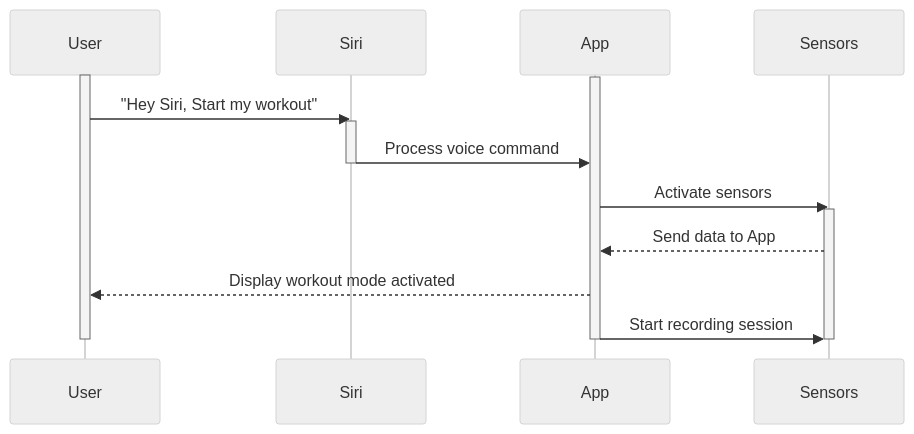
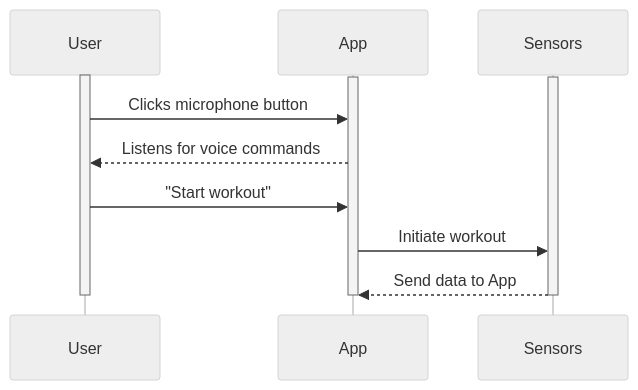
The sixth of 12 diagrams in documentation/docs/system-architecture/sequence-diagrams.md (Capstone-Projects-2024-Spring/project-smartweights), drawn with Mermaid (neutral theme) before and after one commit. The commit also changed other lines of this file, not shown here.

````diff
--- a/documentation/docs/system-architecture/sequence-diagrams.md
+++ b/documentation/docs/system-architecture/sequence-diagrams.md
@@ -263,27 +190,21 @@
 ```mermaid 
 sequenceDiagram
     participant User
-    participant Siri
     participant App
-    participant Sensors
 
     activate User
     activate App
-
-    User->>Siri: "Hey Siri, Start my workout"
-    activate Siri
-    Siri->>App: Process voice command
-    deactivate Siri
-    App->>Sensors: Activate sensors
     activate Sensors
+    User->>App: Clicks microphone button
+    App-->> User: Listens for voice commands
+    User->>App: "Start workout"
+    App->>Sensors: Initiate workout
     Sensors -->> App: Send data to App
-    App-->>User: Display workout mode activated
-    App->>Sensors: Start recording session
 
   
 
     deactivate User
     deactivate App
     deactivate Sensors
 
 ```
````
